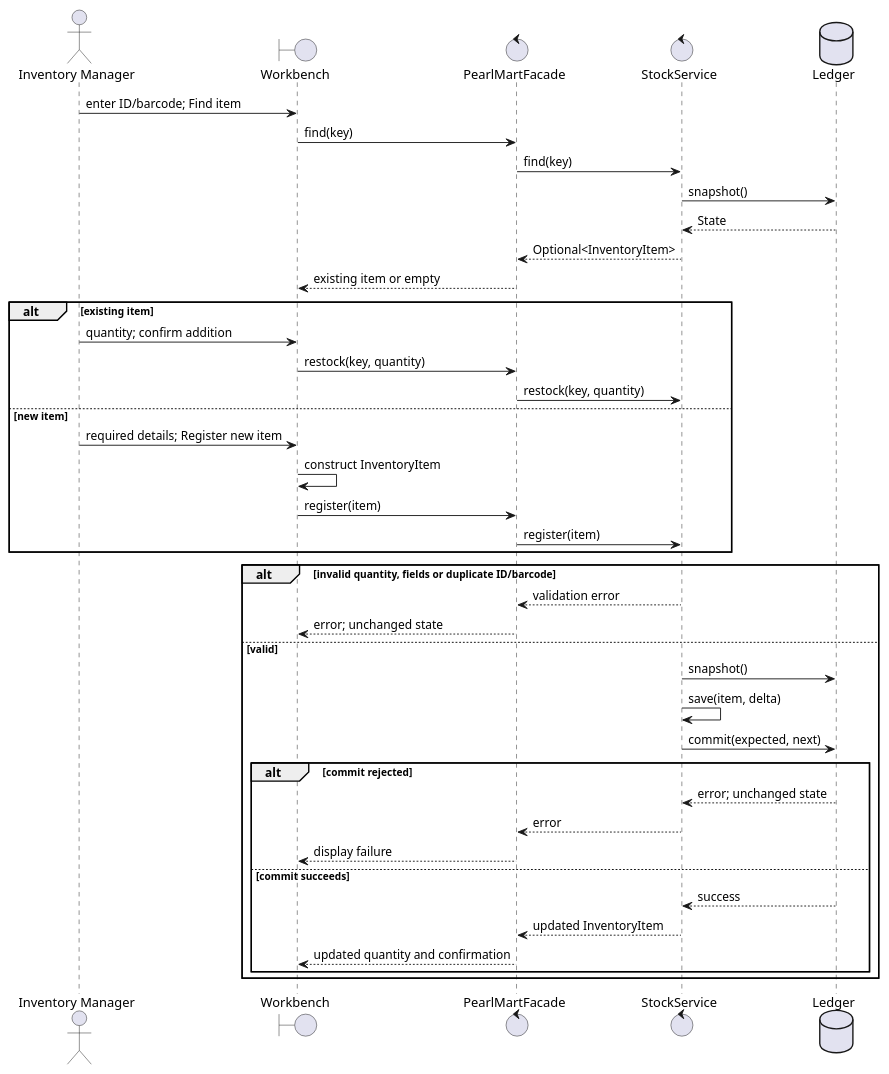
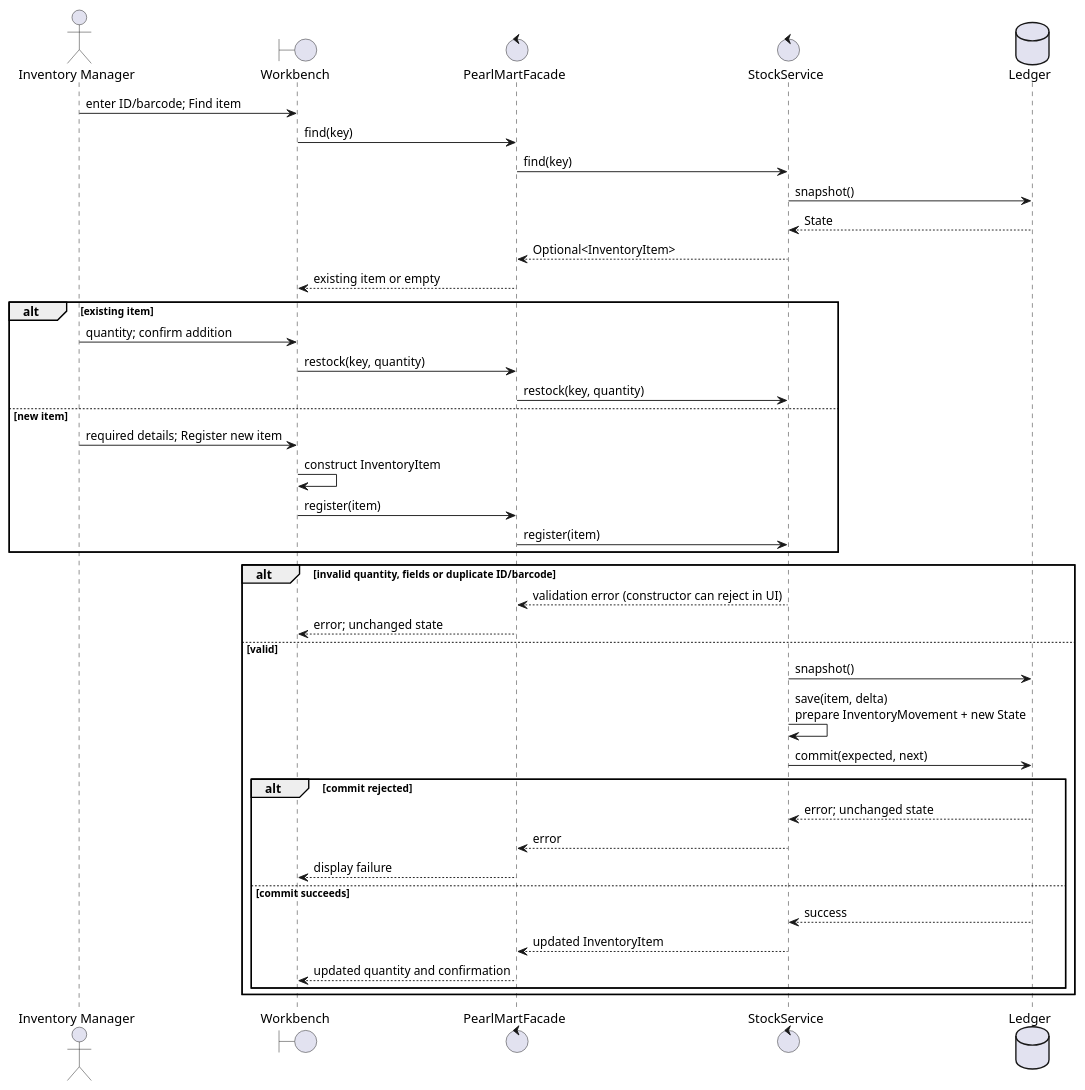
The diagram in Milestone-2/design/01-add-goods.puml (shaikha220/team-b54-g04), drawn with PlantUML before and after one commit. The commit also changed 5 other files, not shown here.

Commit message:
Restore original UML sources and build logs; record live issue backlog

```diff
--- a/Milestone-2/design/01-add-goods.puml
+++ b/Milestone-2/design/01-add-goods.puml
@@ -1,41 +1,42 @@
 @startuml
+skinparam monochrome false
 actor "Inventory Manager" as IM
 boundary Workbench as UI
 control PearlMartFacade as F
 control StockService as S
 database Ledger as L
 IM -> UI : enter ID/barcode; Find item
 UI -> F : find(key)
 F -> S : find(key)
 S -> L : snapshot()
 L --> S : State
 S --> F : Optional<InventoryItem>
 F --> UI : existing item or empty
 alt existing item
- IM -> UI : quantity; confirm addition
- UI -> F : restock(key, quantity)
- F -> S : restock(key, quantity)
+  IM -> UI : quantity; confirm addition
+  UI -> F : restock(key, quantity)
+  F -> S : restock(key, quantity)
 else new item
- IM -> UI : required details; Register new item
- UI -> UI : construct InventoryItem
- UI -> F : register(item)
- F -> S : register(item)
+  IM -> UI : required details; Register new item
+  UI -> UI : construct InventoryItem
+  UI -> F : register(item)
+  F -> S : register(item)
 end
 alt invalid quantity, fields or duplicate ID/barcode
- S --> F : validation error
- F --> UI : error; unchanged state
+  S --> F : validation error (constructor can reject in UI)
+  F --> UI : error; unchanged state
 else valid
- S -> L : snapshot()
- S -> S : save(item, delta)
- S -> L : commit(expected, next)
- alt commit rejected
- L --> S : error; unchanged state
- S --> F : error
- F --> UI : display failure
- else commit succeeds
- L --> S : success
- S --> F : updated InventoryItem
- F --> UI : updated quantity and confirmation
- end
+  S -> L : snapshot()
+  S -> S : save(item, delta)\nprepare InventoryMovement + new State
+  S -> L : commit(expected, next)
+  alt commit rejected
+    L --> S : error; unchanged state
+    S --> F : error
+    F --> UI : display failure
+  else commit succeeds
+    L --> S : success
+    S --> F : updated InventoryItem
+    F --> UI : updated quantity and confirmation
+  end
 end
 @enduml
```
